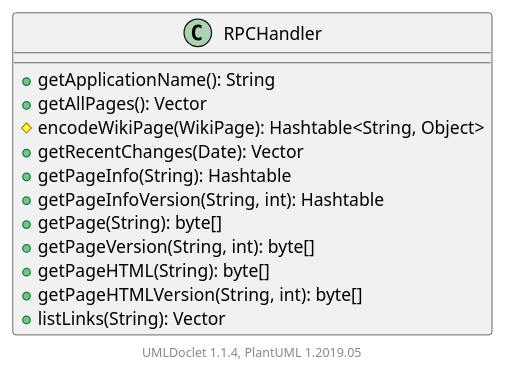
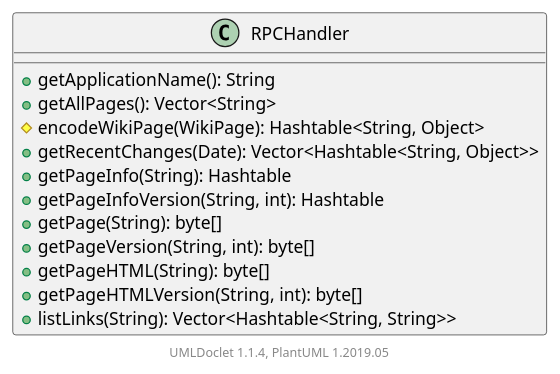
Before and after one commit to apache/jspwiki-site: the diagram in apidocs/2.11.0.M7-SNAPSHOT/org/apache/wiki/xmlrpc/RPCHandler.puml, drawn with PlantUML. The commit also changed 1187 other files, not shown here.

```diff
--- a/apidocs/2.11.0.M7-SNAPSHOT/org/apache/wiki/xmlrpc/RPCHandler.puml
+++ b/apidocs/2.11.0.M7-SNAPSHOT/org/apache/wiki/xmlrpc/RPCHandler.puml
@@ -1,19 +1,19 @@
 @startuml
 
     class RPCHandler [[RPCHandler.html]] {
         +getApplicationName(): String
-        +getAllPages(): Vector
+        +getAllPages(): Vector<String>
         #encodeWikiPage(WikiPage): Hashtable<String, Object>
-        +getRecentChanges(Date): Vector
+        +getRecentChanges(Date): Vector<Hashtable<String, Object>>
         +getPageInfo(String): Hashtable
         +getPageInfoVersion(String, int): Hashtable
         +getPage(String): byte[]
         +getPageVersion(String, int): byte[]
         +getPageHTML(String): byte[]
         +getPageHTMLVersion(String, int): byte[]
-        +listLinks(String): Vector
+        +listLinks(String): Vector<Hashtable<String, String>>
     }
 
 
     center footer UMLDoclet 1.1.4, PlantUML 1.2019.05
 @enduml
```
